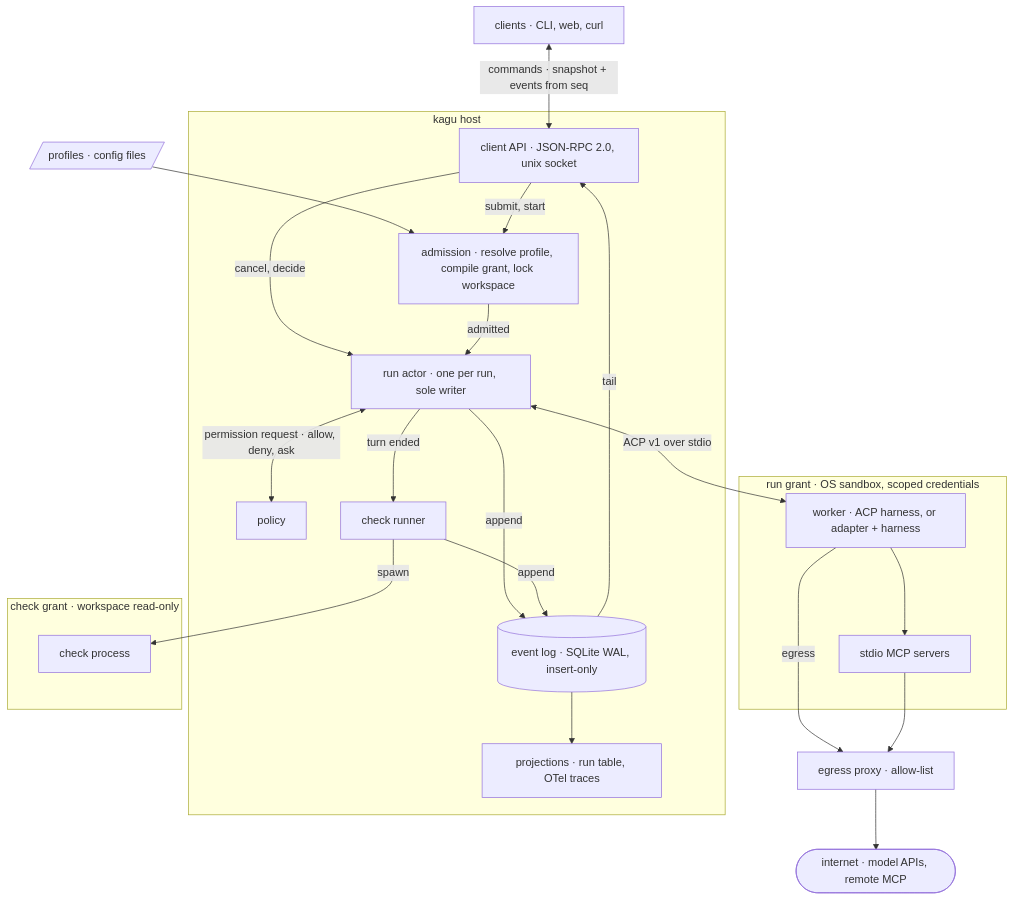
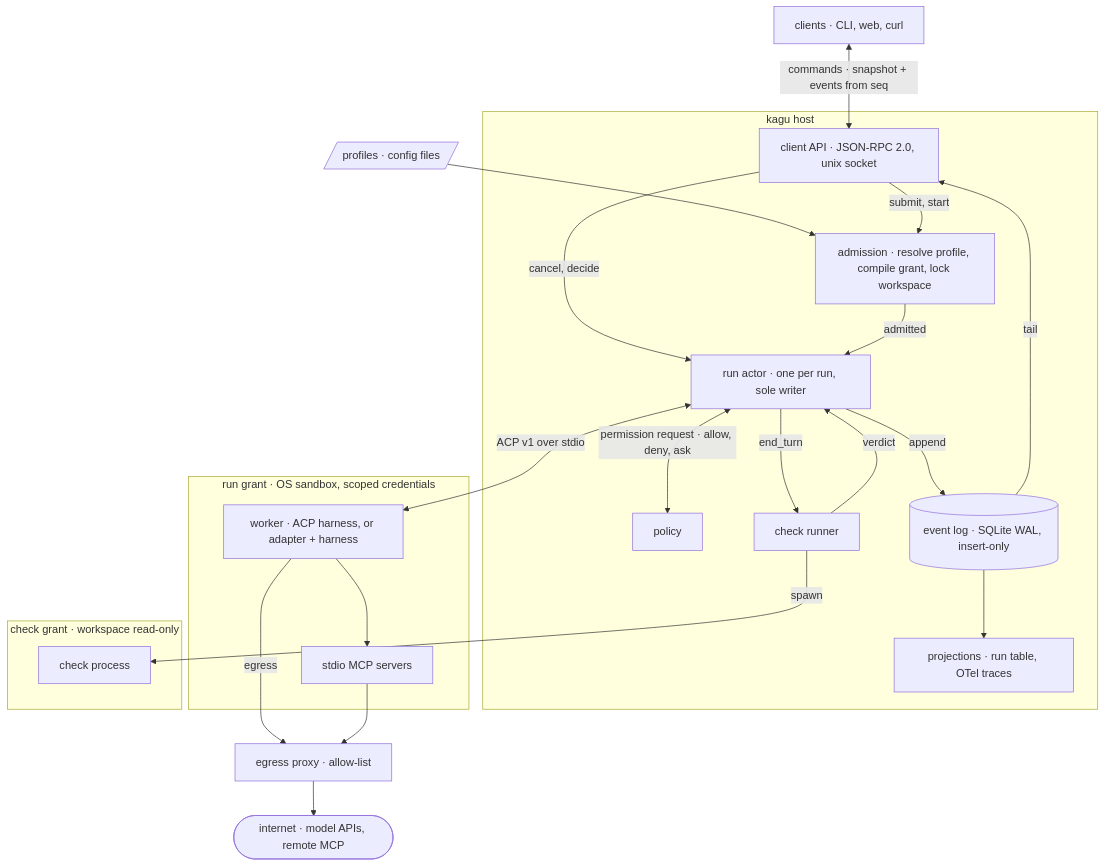
Before and after one commit to CameronBrooks11/kagu: the first of 2 diagrams in docs/spec.md, drawn with Mermaid. The commit also changed other lines of this file and 2 other files, not shown here.

````diff
--- a/docs/spec.md
+++ b/docs/spec.md
@@ -14,45 +14,45 @@
 ```mermaid
 flowchart TB
   C["clients · CLI, web, curl"]
   CFG[/"profiles · config files"/]
 
   subgraph H [kagu host]
     API["client API · JSON-RPC 2.0, unix socket"]
     ADM["admission · resolve profile, compile grant, lock workspace"]
     POL["policy"]
     RA["run actor · one per run, sole writer"]
     CHK["check runner"]
     LOG[("event log · SQLite WAL, insert-only")]
     PRJ["projections · run table, OTel traces"]
   end
 
   subgraph G ["run grant · OS sandbox, scoped credentials"]
     W["worker · ACP harness, or adapter + harness"]
     MCP["stdio MCP servers"]
   end
 
   subgraph GC ["check grant · workspace read-only"]
     CK["check process"]
   end
 
   PX["egress proxy · allow-list"]
   NET(["internet · model APIs, remote MCP"])
 
   C <-- "commands · snapshot + events from seq" --> API
   CFG --> ADM
   API -- "submit, start" --> ADM
   API -- "cancel, decide" --> RA
   ADM -- "admitted" --> RA
   RA <-- "permission request · allow, deny, ask" --> POL
   RA <-- "ACP v1 over stdio" --> W
   W --> MCP
-  RA -- "turn ended" --> CHK
+  RA -- "end_turn" --> CHK
   CHK -- spawn --> CK
+  CHK -- verdict --> RA
   RA -- append --> LOG
-  CHK -- append --> LOG
   LOG --> PRJ
   LOG -- tail --> API
   W -- egress --> PX
   MCP --> PX
   PX --> NET
 ```
````
